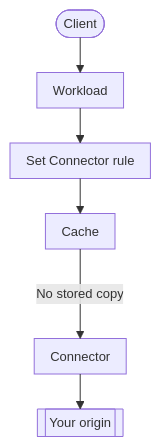
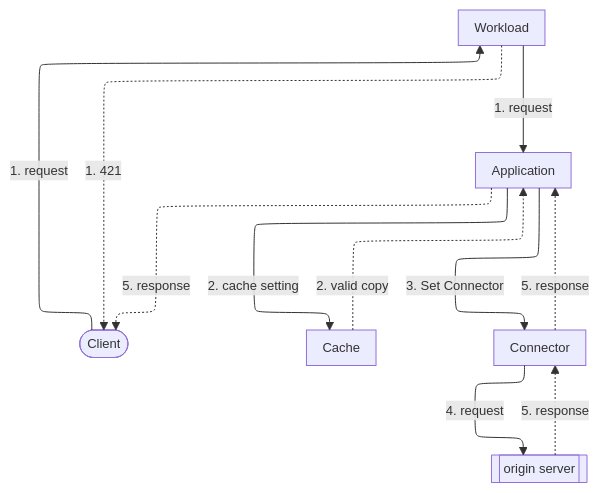
One commit to aziontech/docs changed the diagram in apps/docs/src/content/docs/en/pages/main-menu/reference/secure/edge-connector/edge-connector.mdx. Above: the diagram before and after it, drawn with Mermaid. The commit also changed other lines of this file and 83 other files, not shown here.

````diff
--- a/apps/docs/src/content/docs/en/pages/main-menu/reference/secure/edge-connector/edge-connector.mdx
+++ b/apps/docs/src/content/docs/en/pages/main-menu/reference/secure/edge-connector/edge-connector.mdx
@@ -56,9 +36,20 @@
 ```mermaid
-%%{init: {"layout": "elk", "themeVariables": {"fontSize": "13px"}, "flowchart": {"nodeSpacing": 24, "rankSpacing": 36, "padding": 8, "wrappingWidth": 150, "useMaxWidth": true}, "sequence": {"width": 120, "actorMargin": 30, "useMaxWidth": true}}}%%
+%%{init: {"layout": "elk", "elk": {"cycleBreakingStrategy": "MODEL_ORDER"}, "themeVariables": {"fontSize": "13px"}, "flowchart": {"nodeSpacing": 24, "rankSpacing": 36, "padding": 8, "wrappingWidth": 150, "useMaxWidth": true}, "sequence": {"width": 120, "actorMargin": 30, "useMaxWidth": true}}}%%
 flowchart TD
-  C(["Client"]) --> W["Workload"]
-  W --> R["Set Connector rule"]
-  R --> K["Cache"]
-  K -->|"No stored copy"| N["Connector"]
-  N --> O[["Your origin"]]
+  Client(["Client"])
+  WL["Workload"]
+  App["Application"]
+  Cache["Cache"]
+  Conn["Connector"]
+  Origin[["origin server"]]
+  Client -->|"1. request"| WL
+  WL -.->|"1. 421"| Client
+  WL -->|"1. request"| App
+  App -->|"2. cache setting"| Cache
+  Cache -.->|"2. valid copy"| App
+  App -->|"3. Set Connector"| Conn
+  Conn -->|"4. request"| Origin
+  Origin -.->|"5. response"| Conn
+  Conn -.->|"5. response"| App
+  App -.->|"5. response"| Client
 ```
````
